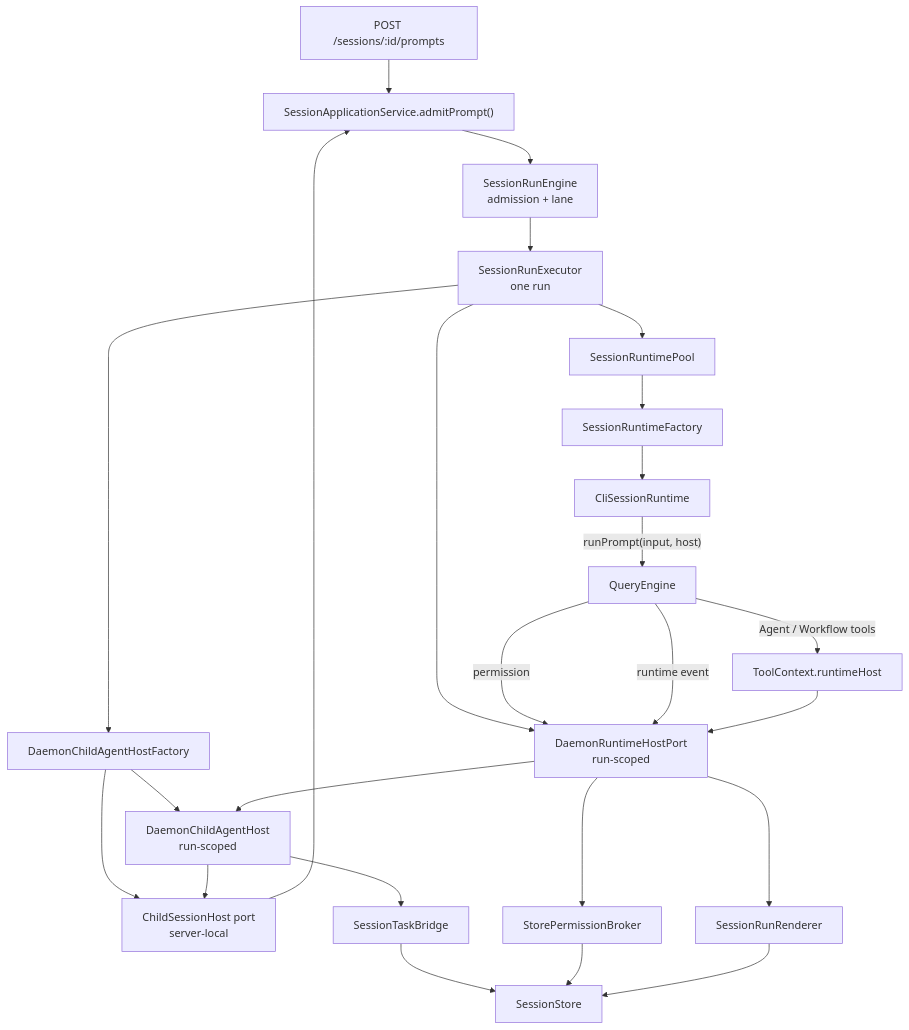
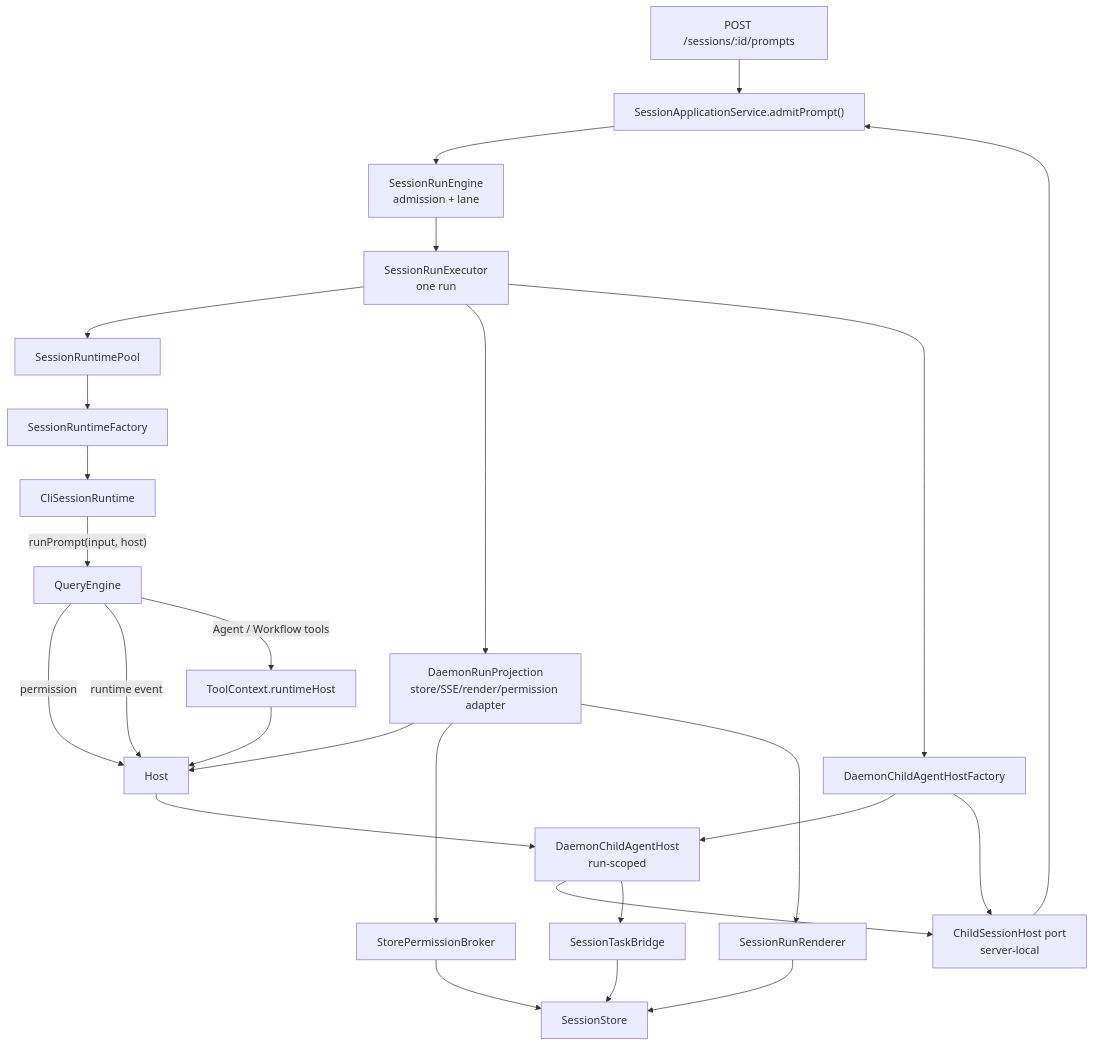
Before and after one commit to rzx007/openharness-ts: the third of 3 diagrams in docs/runtime-host-port-design.md, drawn with Mermaid. The commit also changed other lines of this file and 4 other files, not shown here.

Commit message:
docs(daemon): document run projection adapter

````diff
--- a/docs/runtime-host-port-design.md
+++ b/docs/runtime-host-port-design.md
@@ -191,27 +192,28 @@
 ```mermaid
 flowchart TD
   Route["POST /sessions/:id/prompts"] --> App["SessionApplicationService.admitPrompt()"]
   App --> Engine["SessionRunEngine<br/>admission + lane"]
   Engine --> Executor["SessionRunExecutor<br/>one run"]
   Executor --> Pool["SessionRuntimePool"]
   Pool --> Factory["SessionRuntimeFactory"]
   Factory --> Runtime["CliSessionRuntime"]
-  Executor --> Host["DaemonRuntimeHostPort<br/>run-scoped"]
+  Executor --> Projection["DaemonRunProjection<br/>store/SSE/render/permission adapter"]
+  Projection --> Host
   Runtime -->|"runPrompt(input, host)"| QueryEngine["QueryEngine"]
   Executor --> ChildFactory["DaemonChildAgentHostFactory"]
   ChildFactory --> ChildAgentHost["DaemonChildAgentHost<br/>run-scoped"]
   QueryEngine -->|"permission"| Host
   QueryEngine -->|"runtime event"| Host
   QueryEngine -->|"Agent / Workflow tools"| ToolHost["ToolContext.runtimeHost"]
   ToolHost --> Host
   Host --> ChildAgentHost
   ChildFactory --> ChildSessionPort["ChildSessionHost port<br/>server-local"]
   ChildAgentHost --> ChildSessionPort
   ChildAgentHost --> TaskBridge["SessionTaskBridge"]
   ChildSessionPort --> App
   TaskBridge --> Store["SessionStore"]
-  Host --> PermissionBroker["StorePermissionBroker"]
+  Projection --> PermissionBroker["StorePermissionBroker"]
   PermissionBroker --> Store
-  Host --> Renderer["SessionRunRenderer"]
+  Projection --> Renderer["SessionRunRenderer"]
   Renderer --> Store
 ```
````
